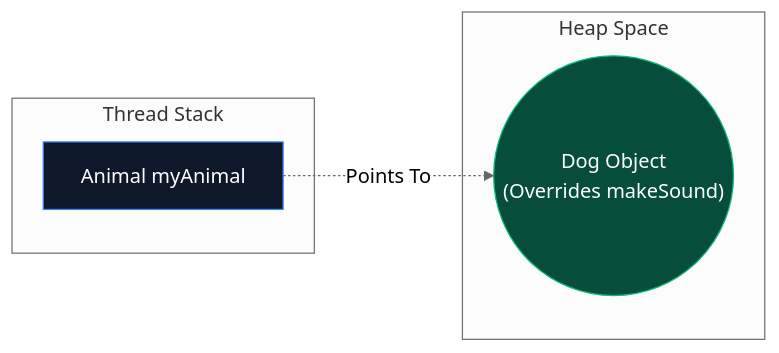
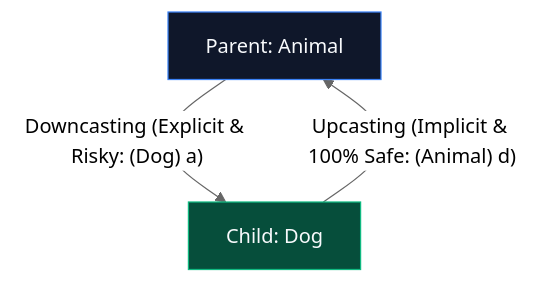
The third of 3 diagrams in content/roadmap/level-1/polymorphism.md (ravishankar2463/java_hub), drawn with Mermaid (neutral theme) before and after one commit. The commit also changed other lines of this file, not shown here.

````diff
--- a/content/roadmap/level-1/polymorphism.md
+++ b/content/roadmap/level-1/polymorphism.md
@@ -37,15 +123,11 @@
 ```mermaid
-flowchart LR
-    subgraph "Thread Stack"
-        Ref1["Animal myAnimal"]
-    end
-    
-    subgraph "Heap Space"
-        Obj1(("Dog Object\n(Overrides makeSound)"))
-    end
+flowchart TD
+    Animal["Parent: Animal"]
+    Dog["Child: Dog"]
 
-    Ref1 -.->|Points To| Obj1
-    
-    style Ref1 fill:#0f172a,stroke:#3b82f6,color:#fff
-    style Obj1 fill:#064e3b,stroke:#10b981,color:#fff
+    Animal -->|"Downcasting (Explicit & Risky: (Dog) a)"| Dog
+    Dog -->|"Upcasting (Implicit & 100% Safe: (Animal) d)"| Animal
+
+    style Animal fill:#0f172a,stroke:#3b82f6,color:#f8fafc
+    style Dog fill:#064e3b,stroke:#10b981,color:#f8fafc
 ```
````
